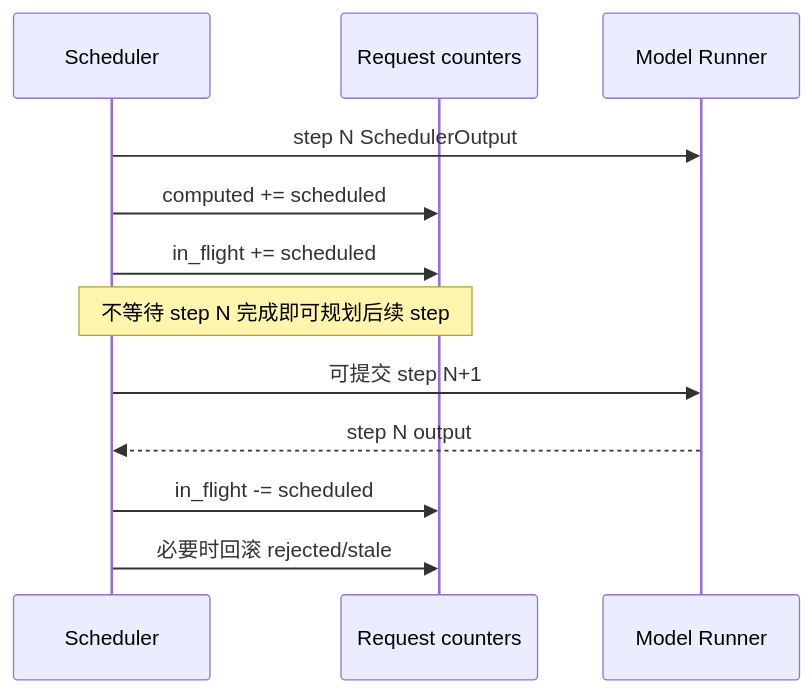
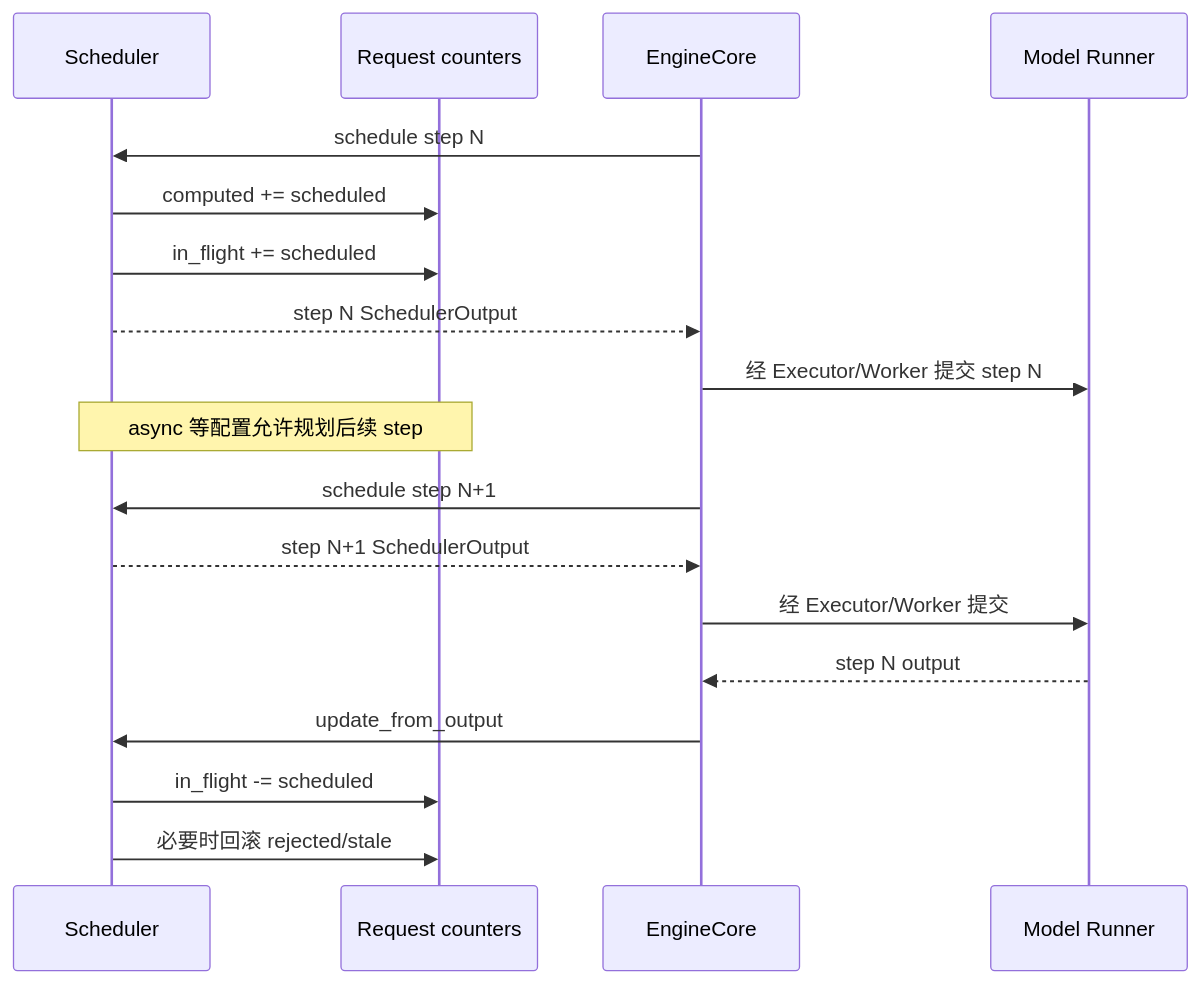
One commit to cluster1900/vllm_reader changed diagram 21 of 26 in book/04-scheduler/README.md. Above: the diagram before and after it, drawn with Mermaid. The commit also changed other lines of this file and 38 other files, not shown here.

````diff
--- a/book/04-scheduler/README.md
+++ b/book/04-scheduler/README.md
@@ -932,14 +978,20 @@
 ```mermaid
 sequenceDiagram
     participant S as Scheduler
     participant Q as Request counters
+    participant EC as EngineCore
     participant M as Model Runner
-    S->>M: step N SchedulerOutput
+    EC->>S: schedule step N
     S->>Q: computed += scheduled
     S->>Q: in_flight += scheduled
-    Note over S,Q: 不等待 step N 完成即可规划后续 step
-    S->>M: 可提交 step N+1
-    M-->>S: step N output
+    S-->>EC: step N SchedulerOutput
+    EC->>M: 经 Executor/Worker 提交 step N
+    Note over S,Q: async 等配置允许规划后续 step
+    EC->>S: schedule step N+1
+    S-->>EC: step N+1 SchedulerOutput
+    EC->>M: 经 Executor/Worker 提交
+    M-->>EC: step N output
+    EC->>S: update_from_output
     S->>Q: in_flight -= scheduled
     S->>Q: 必要时回滚 rejected/stale
 ```
````
